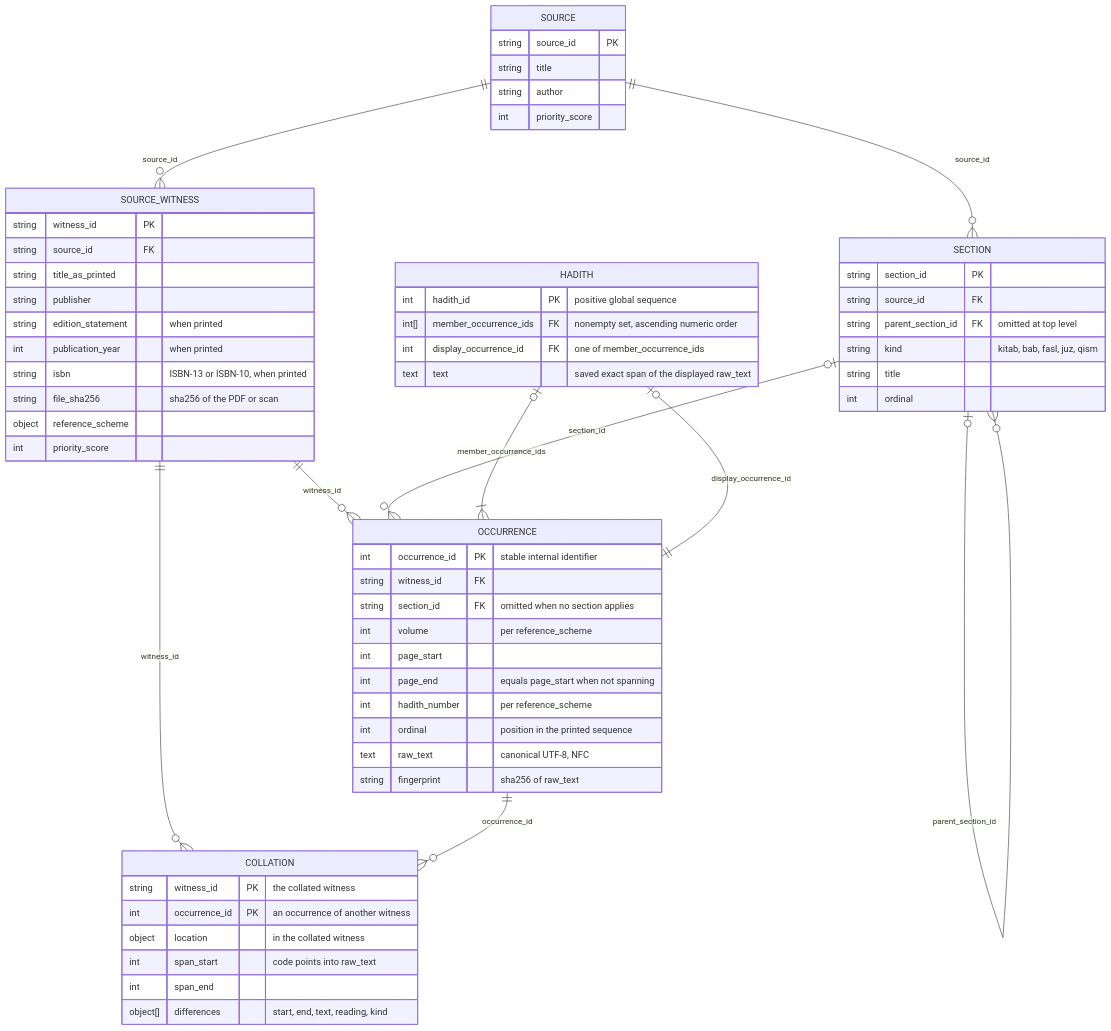
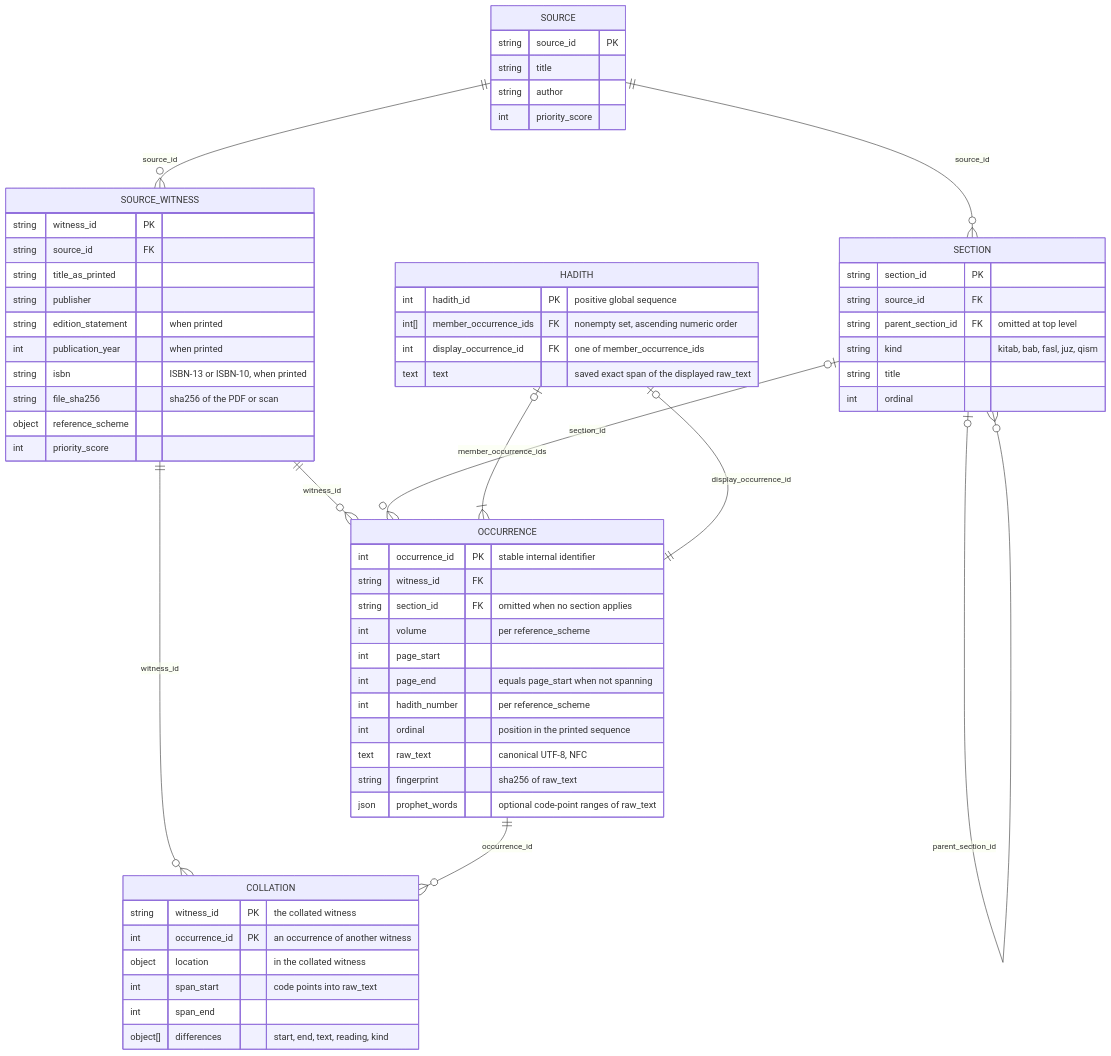
One commit to Y3FAI/hadith-archive changed the second of 2 diagrams in docs/model.md. Above: the diagram before and after it, drawn with Mermaid. The commit also changed 252 other files, not shown here.

````diff
--- a/docs/model.md
+++ b/docs/model.md
@@ -141,70 +141,71 @@
 ```mermaid
 erDiagram
   SOURCE ||--o{ SOURCE_WITNESS : "source_id"
   SOURCE ||--o{ SECTION : "source_id"
   SECTION o|--o{ SECTION : "parent_section_id"
   SOURCE_WITNESS ||--o{ OCCURRENCE : "witness_id"
   SOURCE_WITNESS ||--o{ COLLATION : "witness_id"
   OCCURRENCE ||--o{ COLLATION : "occurrence_id"
   SECTION o|--o{ OCCURRENCE : "section_id"
   HADITH o|--|{ OCCURRENCE : "member_occurrence_ids"
   HADITH o|--|| OCCURRENCE : "display_occurrence_id"
 
   SOURCE {
     string source_id PK
     string title
     string author
     int    priority_score
   }
 
   SOURCE_WITNESS {
     string witness_id PK
     string source_id FK
     string title_as_printed
     string publisher
     string edition_statement "when printed"
     int    publication_year "when printed"
     string isbn "ISBN-13 or ISBN-10, when printed"
     string file_sha256 "sha256 of the PDF or scan"
     object reference_scheme
     int    priority_score
   }
 
   SECTION {
     string section_id PK
     string source_id FK
     string parent_section_id FK "omitted at top level"
     string kind "kitab, bab, fasl, juz, qism"
     string title
     int    ordinal
   }
 
   OCCURRENCE {
     int    occurrence_id PK "stable internal identifier"
     string witness_id FK
     string section_id FK "omitted when no section applies"
     int    volume "per reference_scheme"
     int    page_start
     int    page_end "equals page_start when not spanning"
     int    hadith_number "per reference_scheme"
     int    ordinal "position in the printed sequence"
     text   raw_text "canonical UTF-8, NFC"
     string fingerprint "sha256 of raw_text"
+    json   prophet_words "optional code-point ranges of raw_text"
   }
 
   COLLATION {
     string witness_id PK "the collated witness"
     int    occurrence_id PK "an occurrence of another witness"
     object location "in the collated witness"
     int    span_start "code points into raw_text"
     int    span_end
     object[] differences "start, end, text, reading, kind"
   }
 
   HADITH {
     int    hadith_id PK "positive global sequence"
     int[]  member_occurrence_ids FK "nonempty set, ascending numeric order"
     int    display_occurrence_id FK "one of member_occurrence_ids"
     text   text "saved exact span of the displayed raw_text"
   }
 ```
````
